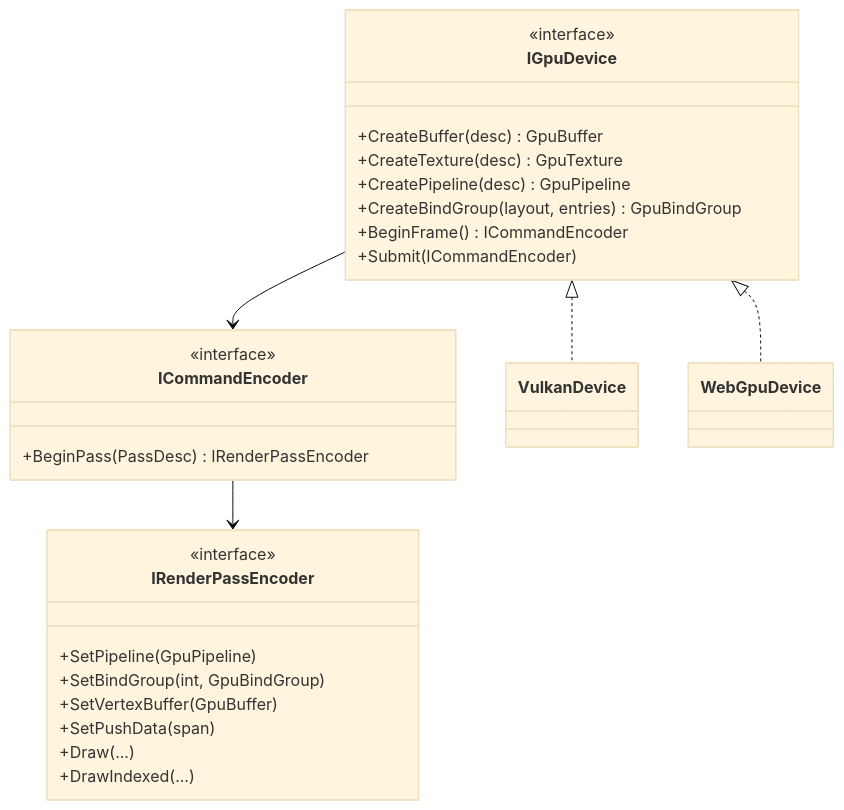
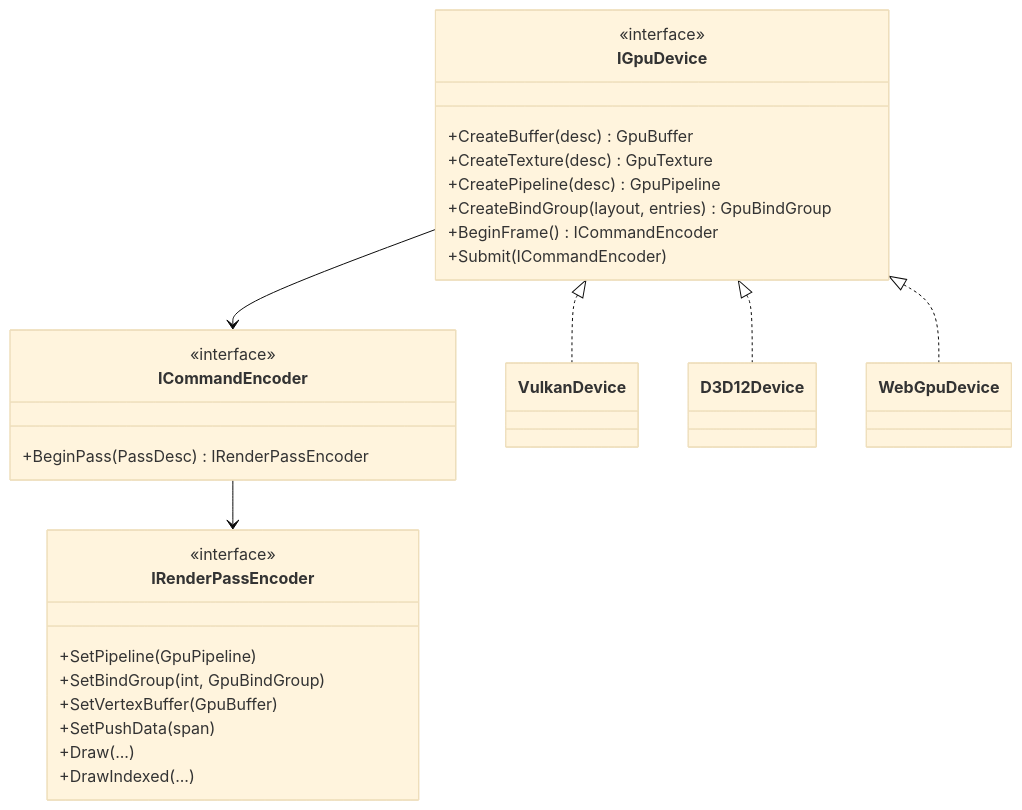
One commit to Mainframe-Games/mainframe-engine changed the diagram in docs/design/future/rendering-backend-abstraction.md. Above: the diagram before and after it, drawn with Mermaid (base theme). The commit also changed other lines of this file and 6 other files, not shown here.

````diff
--- a/docs/design/future/rendering-backend-abstraction.md
+++ b/docs/design/future/rendering-backend-abstraction.md
@@ -25,29 +30,30 @@
 ```mermaid
 classDiagram
     class IGpuDevice {
         <<interface>>
         +CreateBuffer(desc) GpuBuffer
         +CreateTexture(desc) GpuTexture
         +CreatePipeline(desc) GpuPipeline
         +CreateBindGroup(layout, entries) GpuBindGroup
         +BeginFrame() ICommandEncoder
         +Submit(ICommandEncoder)
     }
     class ICommandEncoder {
         <<interface>>
         +BeginPass(PassDesc) IRenderPassEncoder
     }
     class IRenderPassEncoder {
         <<interface>>
         +SetPipeline(GpuPipeline)
         +SetBindGroup(int, GpuBindGroup)
         +SetVertexBuffer(GpuBuffer)
         +SetPushData(span)
         +Draw(...)
         +DrawIndexed(...)
     }
     IGpuDevice <|.. VulkanDevice
+    IGpuDevice <|.. D3D12Device
     IGpuDevice <|.. WebGpuDevice
     IGpuDevice --> ICommandEncoder
     ICommandEncoder --> IRenderPassEncoder
 ```
````
